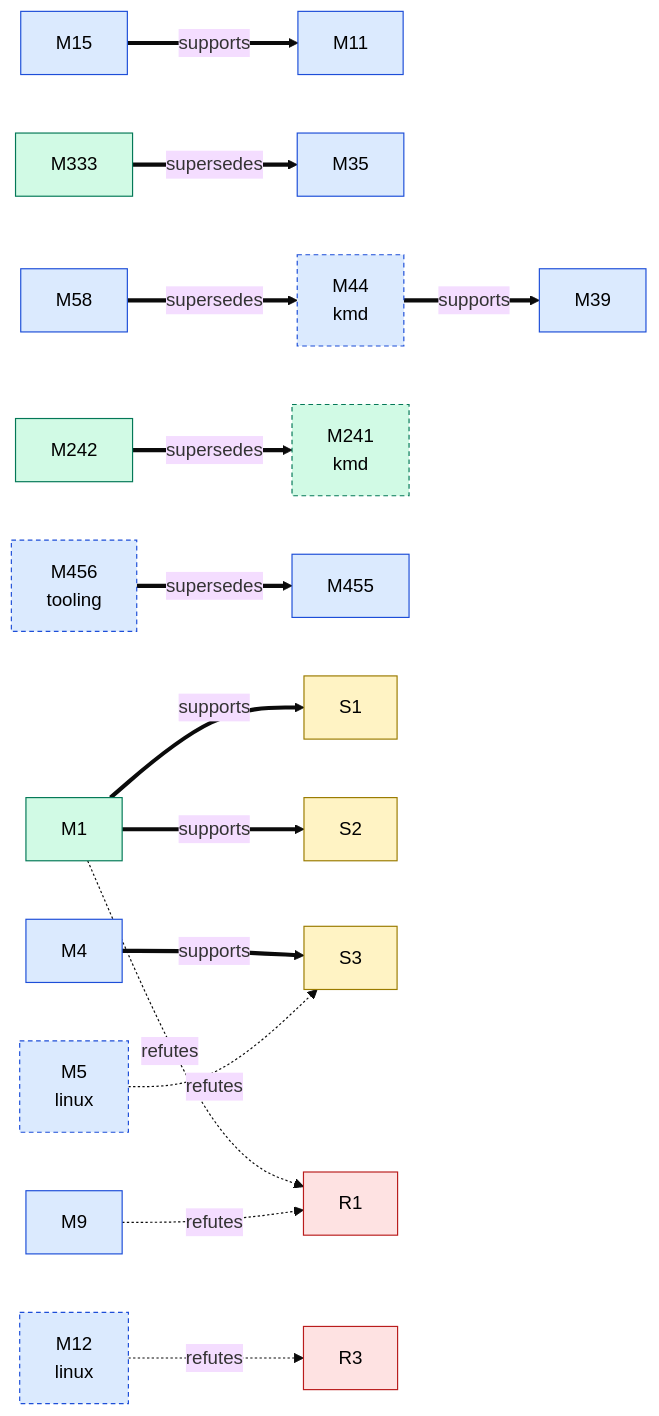
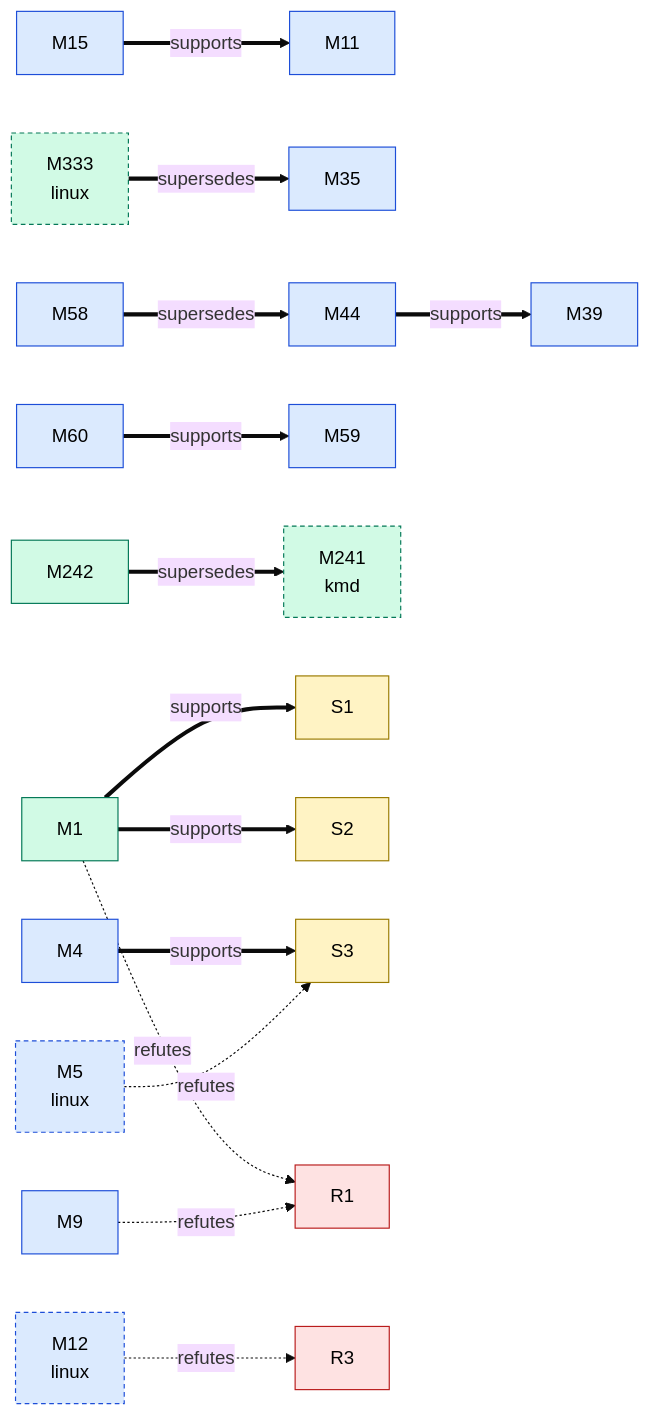
The first of 2 diagrams in docs/facts/graphs/hardware.md (D-Ogi/amdgpu-wddm), drawn with Mermaid (base theme) before and after one commit. The commit also changed other lines of this file and 27 other files, not shown here.

````diff
--- a/docs/facts/graphs/hardware.md
+++ b/docs/facts/graphs/hardware.md
@@ -11,43 +11,43 @@
 ```mermaid
 flowchart LR
   M1["M1"]:::CONFIRMED
   M4["M4"]:::MEASURED
   M5["M5<br/>linux"]:::MEASURED
   M9["M9"]:::MEASURED
   M11["M11"]:::MEASURED
   M12["M12<br/>linux"]:::MEASURED
   M15["M15"]:::MEASURED
   M35["M35"]:::MEASURED
   M39["M39"]:::MEASURED
-  M44["M44<br/>kmd"]:::MEASURED
+  M44["M44"]:::MEASURED
   M58["M58"]:::MEASURED
+  M59["M59"]:::MEASURED
+  M60["M60"]:::MEASURED
   M241["M241<br/>kmd"]:::CONFIRMED
   M242["M242"]:::CONFIRMED
-  M333["M333"]:::CONFIRMED
-  M455["M455"]:::MEASURED
-  M456["M456<br/>tooling"]:::MEASURED
+  M333["M333<br/>linux"]:::CONFIRMED
   S1["S1"]:::HYPOTHESIS
   S2["S2"]:::HYPOTHESIS
   S3["S3"]:::HYPOTHESIS
   R1["R1"]:::REFUTED
   R3["R3"]:::REFUTED
   M1 ==>|supports| S1
   M1 ==>|supports| S2
   M1 -.->|refutes| R1
   M4 ==>|supports| S3
   M9 -.->|refutes| R1
   M15 ==>|supports| M11
+  M44 ==>|supports| M39
   M58 ==>|supersedes| M44
+  M60 ==>|supports| M59
   M242 ==>|supersedes| M241
-  M333 ==>|supersedes| M35
-  M44 ==>|supports| M39
   M5 -.->|refutes| S3
   M12 -.->|refutes| R3
-  M456 ==>|supersedes| M455
+  M333 ==>|supersedes| M35
   classDef HYPOTHESIS fill:#fff3c4,stroke:#9a7b00,color:#000
   classDef MEASURED fill:#dbeafe,stroke:#1d4ed8,color:#000
   classDef CONFIRMED fill:#d1fae5,stroke:#047857,color:#000
   classDef REFUTED fill:#fee2e2,stroke:#b91c1c,color:#000
   classDef other stroke-dasharray:4 3
-  class M5,M12,M44,M241,M456 other
+  class M5,M12,M241,M333 other
 ```
````
